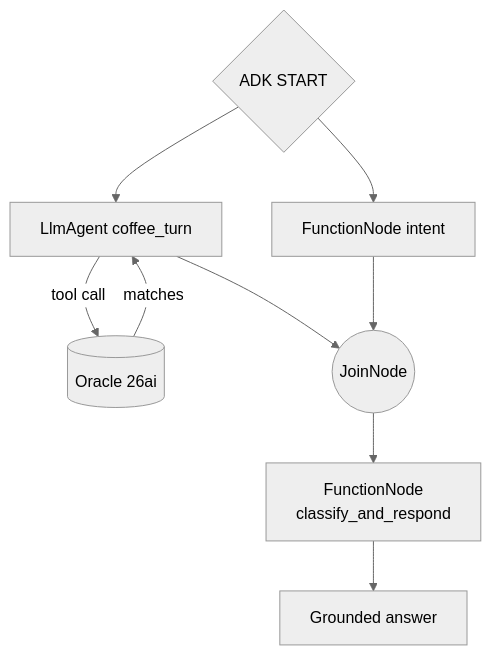
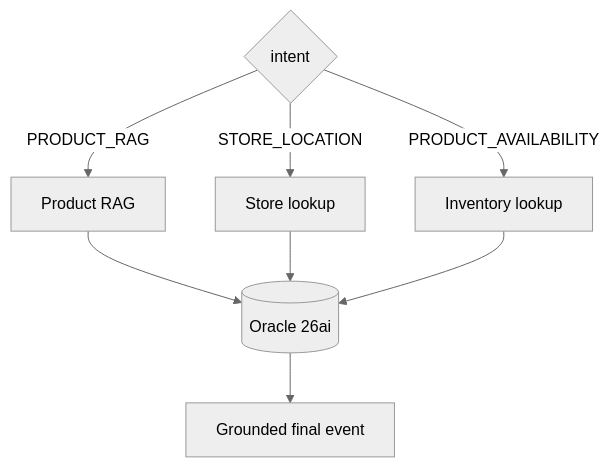
Before and after one commit to cofin/oracledb-vertexai-demo: the fifth of 5 diagrams in docs/tour.md, drawn with Mermaid (neutral theme). The commit also changed other lines of this file and 44 other files, not shown here.

````diff
--- a/docs/tour.md
+++ b/docs/tour.md
@@ -151,11 +160,10 @@
 ```{mermaid}
 flowchart TD
-    S{ADK START} --> A[LlmAgent coffee_turn]
-    S --> I[FunctionNode intent]
-    A -- tool call --> O[(Oracle 26ai)]
-    O -- matches --> A
-    A --> J((JoinNode))
-    I --> J
-    J --> M[FunctionNode<br/>classify_and_respond]
-    M --> R[Grounded answer]
+    I{intent} -->|PRODUCT_RAG| P[Product RAG]
+    I -->|STORE_LOCATION| S[Store lookup]
+    I -->|PRODUCT_AVAILABILITY| A[Inventory lookup]
+    P --> O[(Oracle 26ai)]
+    S --> O
+    A --> O
+    O --> R[Grounded final event]
 ```
````
